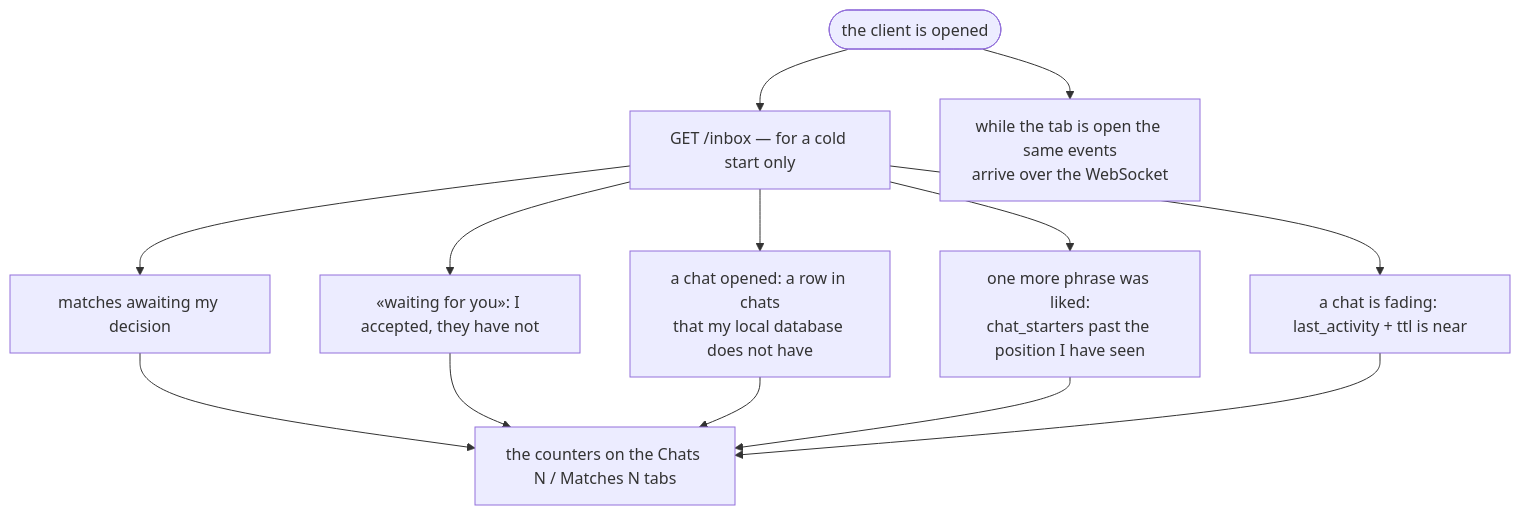
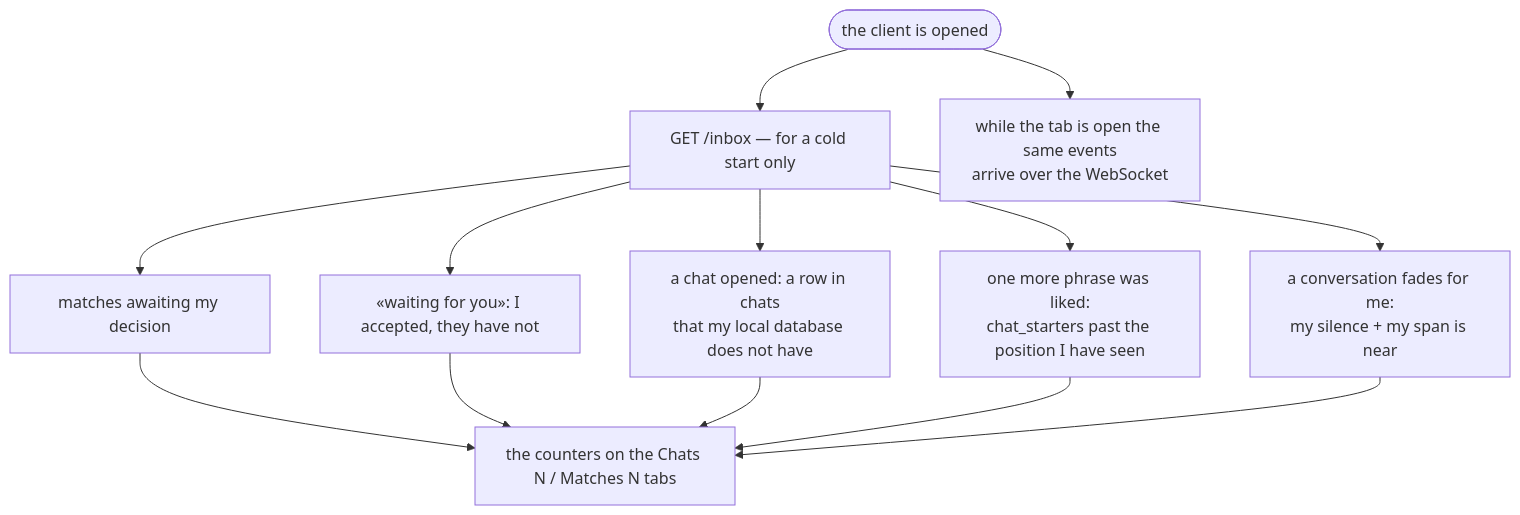
Diagram 25 of 30 in docs/chat-flows_EN.md (panov-id/xor.ad), drawn with Mermaid before and after one commit. The commit also changed 7 other files, not shown here.

````diff
--- a/docs/chat-flows_EN.md
+++ b/docs/chat-flows_EN.md
@@ -839,15 +839,15 @@
 ```mermaid
 flowchart TD
   open(["the client is opened"]) --> cold["GET /inbox — for a cold start only"]
   cold --> q1["matches awaiting my decision"]
   cold --> q2["«waiting for you»: I accepted, they have not"]
   cold --> q3["a chat opened: a row in chats<br/>that my local database does not have"]
   cold --> q4["one more phrase was liked:<br/>chat_starters past the position I have seen"]
-  cold --> q5["a chat is fading: last_activity + ttl is near"]
+  cold --> q5["a conversation fades for me:<br/>my silence + my span is near"]
   q1 --> tabs["the counters on the Chats N / Matches N tabs"]
   q2 --> tabs
   q3 --> tabs
   q4 --> tabs
   q5 --> tabs
   open --> ws["while the tab is open the same events<br/>arrive over the WebSocket"]
 ```
````
